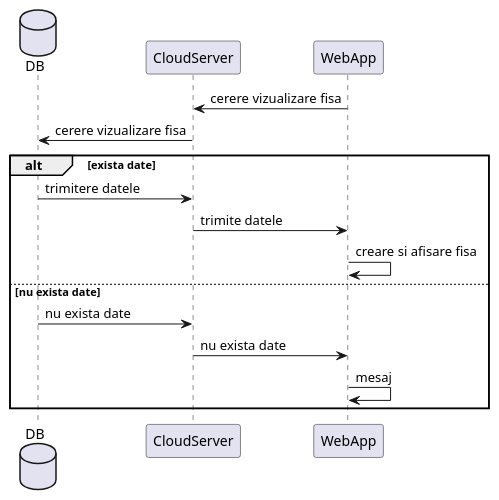
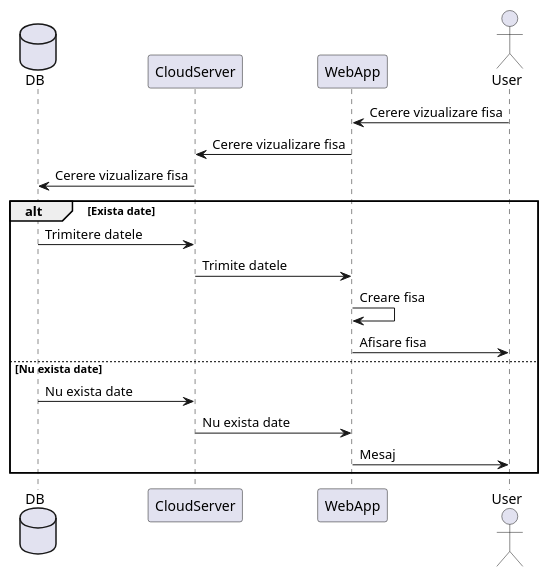
The diagram in Sequence_DG/WebApp/vizualizare_fisa.plantuml (BVasi/ProiectIP), drawn with PlantUML before and after one commit. The commit also changed 12 other files, not shown here.

Commit message:
Modificare diagrame

```diff
--- a/Sequence_DG/WebApp/vizualizare_fisa.plantuml
+++ b/Sequence_DG/WebApp/vizualizare_fisa.plantuml
@@ -1,19 +1,22 @@
-@startuml vizualizare_fisa
+@startuml Vizualizare_fisa
 
 database DB
 participant CloudServer
 participant WebApp
+actor User
 
-WebApp -> CloudServer: cerere vizualizare fisa
-CloudServer -> DB: cerere vizualizare fisa
-alt exista date
-    DB -> CloudServer: trimitere datele
-    CloudServer -> WebApp: trimite datele
-    WebApp -> WebApp: creare si afisare fisa
-else nu exista date
-    DB -> CloudServer: nu exista date
-    CloudServer -> WebApp: nu exista date
-    WebApp -> WebApp: mesaj
+User -> WebApp: Cerere vizualizare fisa
+WebApp -> CloudServer: Cerere vizualizare fisa
+CloudServer -> DB: Cerere vizualizare fisa
+alt Exista date
+    DB -> CloudServer: Trimitere datele
+    CloudServer -> WebApp: Trimite datele
+    WebApp -> WebApp: Creare fisa
+    WebApp -> User: Afisare fisa
+else Nu exista date
+    DB -> CloudServer: Nu exista date
+    CloudServer -> WebApp: Nu exista date
+    WebApp -> User: Mesaj
 end
 
 @enduml
```
